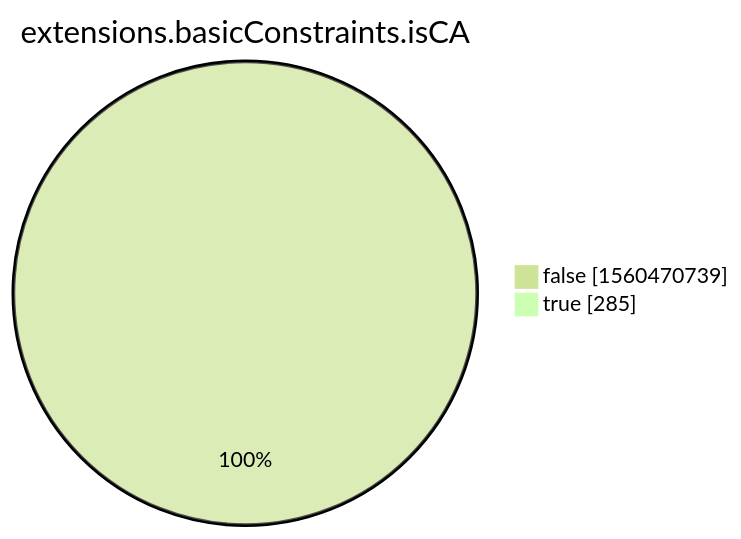
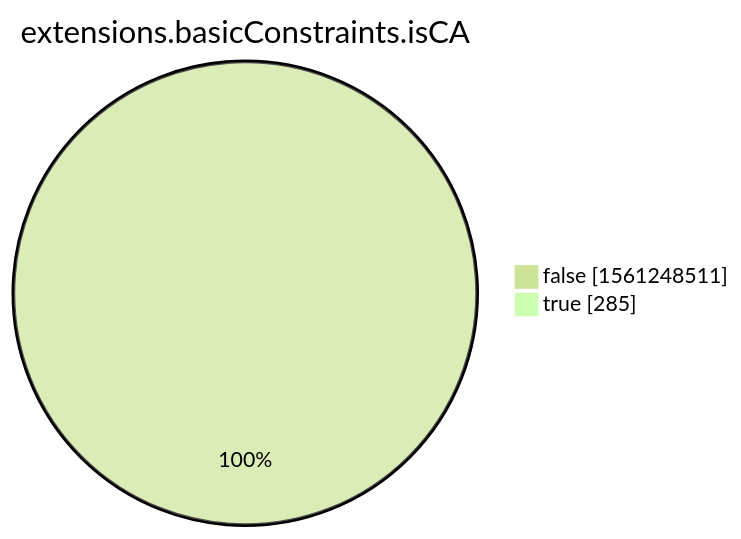
Before and after one commit to christiankrug/ctmonitor_visualization: the eighth of 15 diagrams in xenon2022/README.md, drawn with Mermaid (forest theme). The commit also changed other lines of this file, not shown here.

````diff
--- a/xenon2022/README.md
+++ b/xenon2022/README.md
@@ -2860,6 +2860,6 @@
 ```mermaid
 pie showData
 title extensions.basicConstraints.isCA
-"false" :1560470739
+"false" :1561248511
 "true" :285
 ```
````
